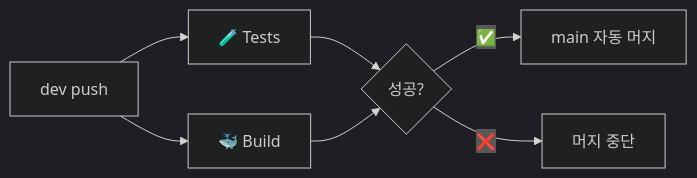
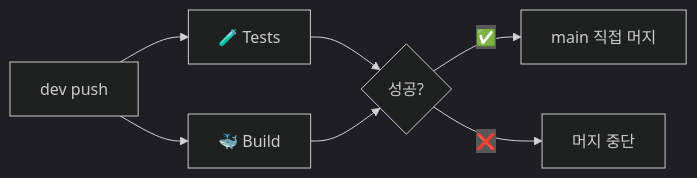
One commit to devcomfort/my-runpod-container changed the second of 2 diagrams in docs/README.md. Above: the diagram before and after it, drawn with Mermaid (dark theme). The commit also changed other lines of this file and 2 other files, not shown here.

````diff
--- a/docs/README.md
+++ b/docs/README.md
@@ -258,9 +258,9 @@
 ```mermaid
 graph LR
     A[dev push] --> B[🧪 Tests]
     A --> C[🐳 Build]
     B --> D{성공?}
     C --> D
-    D -->|✅| E[main 자동 머지]
+    D -->|✅| E[main 직접 머지]
     D -->|❌| F[머지 중단]
 ```
````
